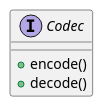
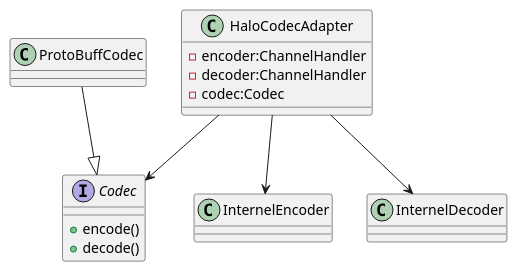
The diagram in design/codec.puml (PickDream/Halo-RPC), drawn with PlantUML before and after one commit. The commit also changed 13 other files, not shown here.

```diff
--- a/design/codec.puml
+++ b/design/codec.puml
@@ -1,9 +1,29 @@
 @startuml
 'https://plantuml.com/class-diagram
 
 interface Codec {
     + encode()
     + decode()
 }
 
+class ProtoBuffCodec
+
+class HaloCodecAdapter {
+    - encoder:ChannelHandler
+    - decoder:ChannelHandler
+    - codec:Codec
+}
+
+class InternelEncoder
+
+class InternelDecoder
+
+HaloCodecAdapter --> InternelDecoder
+HaloCodecAdapter --> InternelEncoder
+
+ProtoBuffCodec --|> Codec
+
+HaloCodecAdapter --> Codec
+
+
 @enduml
```
